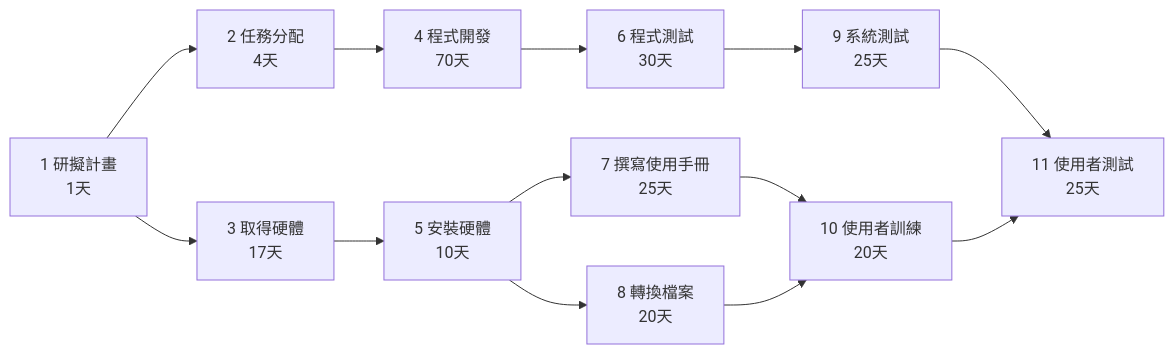
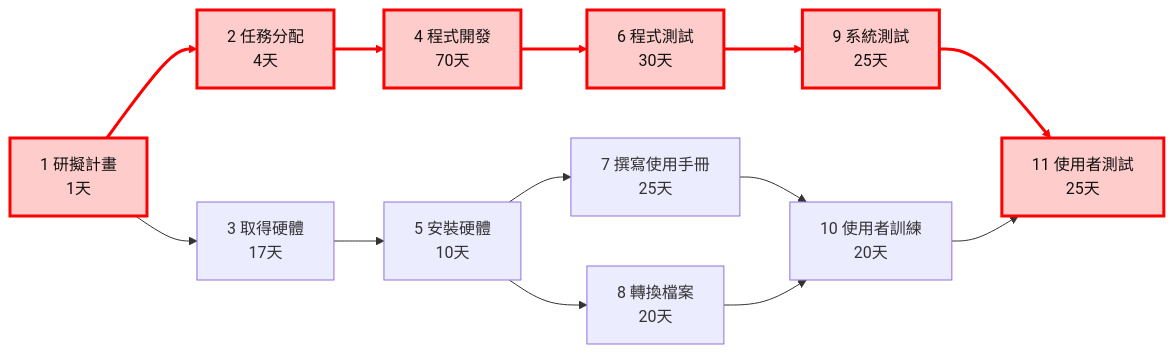
Before and after one commit to c113118216/115-b: the first of 2 diagrams in hw2.md, drawn with Mermaid. The commit also changed other lines of this file, not shown here.

````diff
--- a/hw2.md
+++ b/hw2.md
@@ -40,27 +40,36 @@
 ```mermaid
 flowchart LR
     T1["1 研擬計畫<br/>1天"]
     T2["2 任務分配<br/>4天"]
     T3["3 取得硬體<br/>17天"]
     T4["4 程式開發<br/>70天"]
     T5["5 安裝硬體<br/>10天"]
     T6["6 程式測試<br/>30天"]
     T7["7 撰寫使用手冊<br/>25天"]
     T8["8 轉換檔案<br/>20天"]
     T9["9 系統測試<br/>25天"]
     T10["10 使用者訓練<br/>20天"]
     T11["11 使用者測試<br/>25天"]
 
     T1 --> T2
     T1 --> T3
     T2 --> T4
     T3 --> T5
     T4 --> T6
     T5 --> T7
     T5 --> T8
     T6 --> T9
     T7 --> T10
     T8 --> T10
     T9 --> T11
     T10 --> T11
+
+    classDef critical fill:#ffcccc,stroke:#ff0000,stroke-width:3px,color:#111111;
+    class T1,T2,T4,T6,T9,T11 critical;
+
+    linkStyle 0 stroke:#ff0000,stroke-width:3px;
+    linkStyle 2 stroke:#ff0000,stroke-width:3px;
+    linkStyle 4 stroke:#ff0000,stroke-width:3px;
+    linkStyle 7 stroke:#ff0000,stroke-width:3px;
+    linkStyle 10 stroke:#ff0000,stroke-width:3px;
 ```
````
